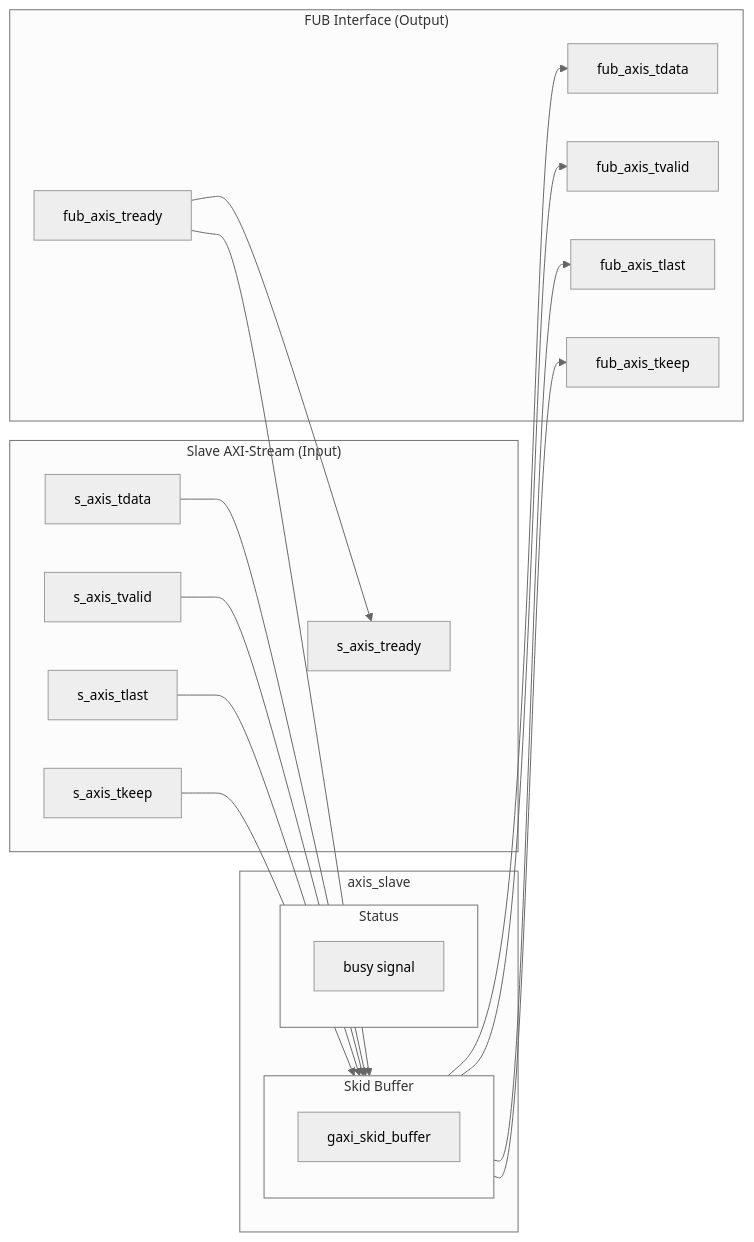
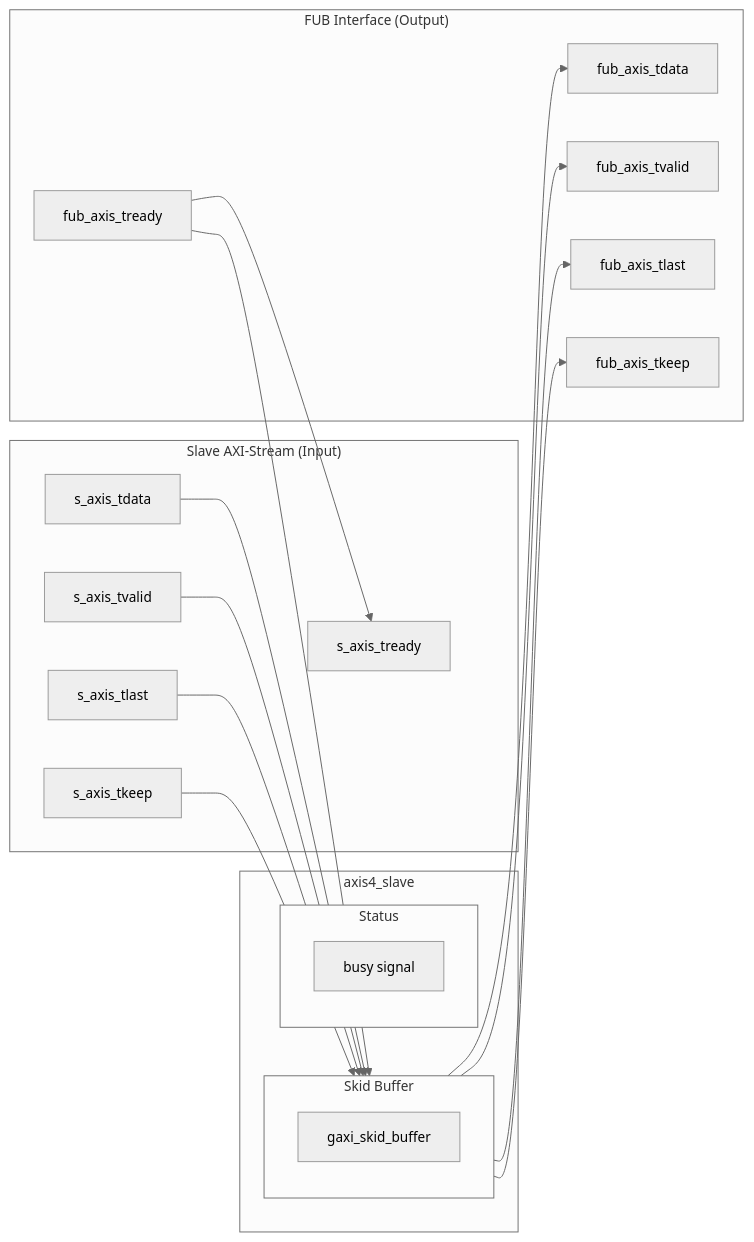
The diagram in docs/markdown/assets/rtl-amba/axis_slave.mmd (sean-galloway/RTLDesignSherpa), drawn with Mermaid before and after one commit. The commit also changed 47 other files, not shown here.

```diff
--- a/docs/markdown/assets/rtl-amba/axis_slave.mmd
+++ b/docs/markdown/assets/rtl-amba/axis_slave.mmd
@@ -1,38 +1,38 @@
 %%{init: {'theme': 'neutral', 'themeVariables': { 'fontSize': '14px'}}}%%
 flowchart LR
     subgraph Slave["Slave AXI-Stream (Input)"]
         S_DATA["s_axis_tdata"]
         S_VALID["s_axis_tvalid"]
         S_LAST["s_axis_tlast"]
         S_KEEP["s_axis_tkeep"]
         S_READY["s_axis_tready"]
     end
 
-    subgraph axis_slave["axis_slave"]
+    subgraph axis4_slave["axis4_slave"]
         subgraph Buffer["Skid Buffer"]
             SKID["gaxi_skid_buffer"]
         end
 
         subgraph Status["Status"]
             BUSY["busy signal"]
         end
     end
 
     subgraph FUB["FUB Interface (Output)"]
         FUB_DATA["fub_axis_tdata"]
         FUB_VALID["fub_axis_tvalid"]
         FUB_LAST["fub_axis_tlast"]
         FUB_KEEP["fub_axis_tkeep"]
         FUB_READY["fub_axis_tready"]
     end
 
     S_DATA --> Buffer
     S_VALID --> Buffer
     S_LAST --> Buffer
     S_KEEP --> Buffer
     Buffer --> FUB_DATA
     Buffer --> FUB_VALID
     Buffer --> FUB_LAST
     Buffer --> FUB_KEEP
     FUB_READY --> Buffer
     FUB_READY --> S_READY
```
